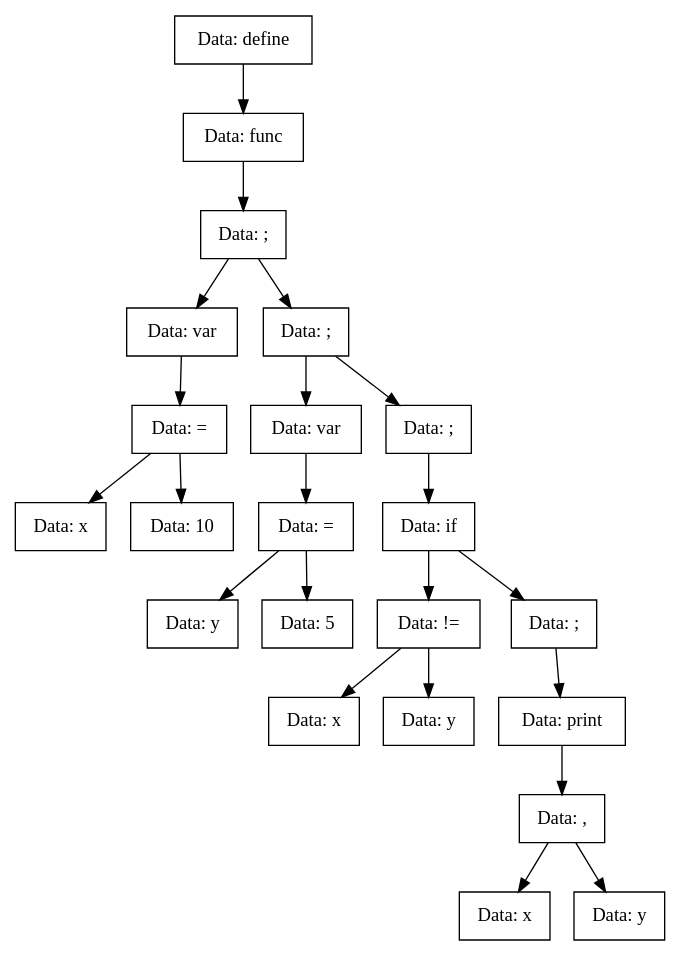
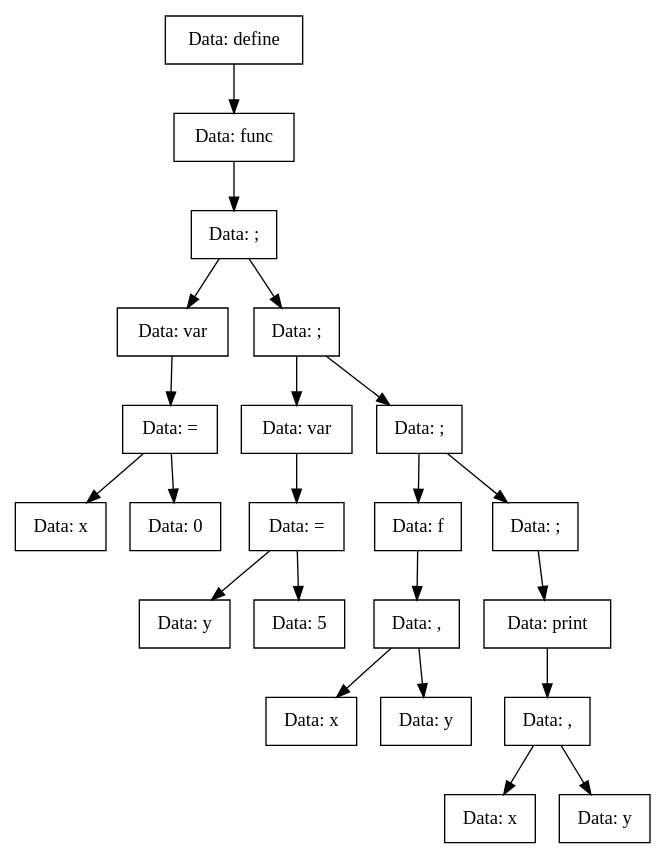
The diagram in TreeDump/func.dot (vorontsov-amd/Compiller), drawn with Graphviz before and after one commit. The commit also changed 16 other files, not shown here.

```diff
--- a/TreeDump/func.dot
+++ b/TreeDump/func.dot
@@ -1,45 +1,45 @@
 digraph func{
-Node0x55936338b710[shape="record", label="Data: define"];
-Node0x55936338b7b0[shape="record", label="Data: func"];
-Node0x55936338b760[shape="record", label="Data: ;"];
-Node0x55936338b530[shape="record", label="Data: var"];
-Node0x55936338b580[shape="record", label="Data: ="];
-Node0x55936338b620[shape="record", label="Data: x"];
-Node0x55936338b580->Node0x55936338b620;
-Node0x55936338b5d0[shape="record", label="Data: 10"];
-Node0x55936338b580->Node0x55936338b5d0;
-Node0x55936338b530->Node0x55936338b580;
-Node0x55936338b760->Node0x55936338b530;
-Node0x55936338b440[shape="record", label="Data: ;"];
-Node0x55936338b9e0[shape="record", label="Data: var"];
-Node0x55936338b990[shape="record", label="Data: ="];
-Node0x55936338b850[shape="record", label="Data: y"];
-Node0x55936338b990->Node0x55936338b850;
-Node0x55936338b800[shape="record", label="Data: 5"];
-Node0x55936338b990->Node0x55936338b800;
-Node0x55936338b9e0->Node0x55936338b990;
-Node0x55936338b440->Node0x55936338b9e0;
-Node0x55936338b670[shape="record", label="Data: ;"];
-Node0x55936338b4e0[shape="record", label="Data: if"];
-Node0x55936338b490[shape="record", label="Data: !="];
-Node0x55936338ba30[shape="record", label="Data: x"];
-Node0x55936338b490->Node0x55936338ba30;
-Node0x55936338b6c0[shape="record", label="Data: y"];
-Node0x55936338b490->Node0x55936338b6c0;
-Node0x55936338b4e0->Node0x55936338b490;
-Node0x55936338b8f0[shape="record", label="Data: ;"];
-Node0x55936338b940[shape="record", label="Data: print"];
-Node0x55936338b8a0[shape="record", label="Data: ,"];
-Node0x55936338ba80[shape="record", label="Data: x"];
-Node0x55936338b8a0->Node0x55936338ba80;
-Node0x55936338bad0[shape="record", label="Data: y"];
-Node0x55936338b8a0->Node0x55936338bad0;
-Node0x55936338b940->Node0x55936338b8a0;
-Node0x55936338b8f0->Node0x55936338b940;
-Node0x55936338b4e0->Node0x55936338b8f0;
-Node0x55936338b670->Node0x55936338b4e0;
-Node0x55936338b440->Node0x55936338b670;
-Node0x55936338b760->Node0x55936338b440;
-Node0x55936338b7b0->Node0x55936338b760;
-Node0x55936338b710->Node0x55936338b7b0;
+Node0x561290d139d0[shape="record", label="Data: define"];
+Node0x561290d13a70[shape="record", label="Data: func"];
+Node0x561290d13a20[shape="record", label="Data: ;"];
+Node0x561290d137f0[shape="record", label="Data: var"];
+Node0x561290d13840[shape="record", label="Data: ="];
+Node0x561290d138e0[shape="record", label="Data: x"];
+Node0x561290d13840->Node0x561290d138e0;
+Node0x561290d13890[shape="record", label="Data: 0"];
+Node0x561290d13840->Node0x561290d13890;
+Node0x561290d137f0->Node0x561290d13840;
+Node0x561290d13a20->Node0x561290d137f0;
+Node0x561290d13700[shape="record", label="Data: ;"];
+Node0x561290d13cf0[shape="record", label="Data: var"];
+Node0x561290d13ca0[shape="record", label="Data: ="];
+Node0x561290d13c50[shape="record", label="Data: y"];
+Node0x561290d13ca0->Node0x561290d13c50;
+Node0x561290d13ac0[shape="record", label="Data: 5"];
+Node0x561290d13ca0->Node0x561290d13ac0;
+Node0x561290d13cf0->Node0x561290d13ca0;
+Node0x561290d13700->Node0x561290d13cf0;
+Node0x561290d13930[shape="record", label="Data: ;"];
+Node0x561290d137a0[shape="record", label="Data: f"];
+Node0x561290d13750[shape="record", label="Data: ,"];
+Node0x561290d13d90[shape="record", label="Data: x"];
+Node0x561290d13750->Node0x561290d13d90;
+Node0x561290d13980[shape="record", label="Data: y"];
+Node0x561290d13750->Node0x561290d13980;
+Node0x561290d137a0->Node0x561290d13750;
+Node0x561290d13930->Node0x561290d137a0;
+Node0x561290d13bb0[shape="record", label="Data: ;"];
+Node0x561290d13c00[shape="record", label="Data: print"];
+Node0x561290d13b60[shape="record", label="Data: ,"];
+Node0x561290d13b10[shape="record", label="Data: x"];
+Node0x561290d13b60->Node0x561290d13b10;
+Node0x561290d13d40[shape="record", label="Data: y"];
+Node0x561290d13b60->Node0x561290d13d40;
+Node0x561290d13c00->Node0x561290d13b60;
+Node0x561290d13bb0->Node0x561290d13c00;
+Node0x561290d13930->Node0x561290d13bb0;
+Node0x561290d13700->Node0x561290d13930;
+Node0x561290d13a20->Node0x561290d13700;
+Node0x561290d13a70->Node0x561290d13a20;
+Node0x561290d139d0->Node0x561290d13a70;
 }
```
